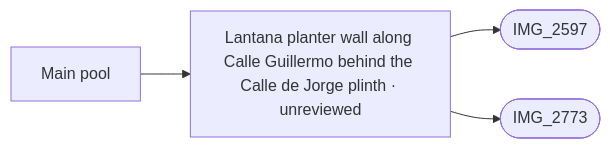
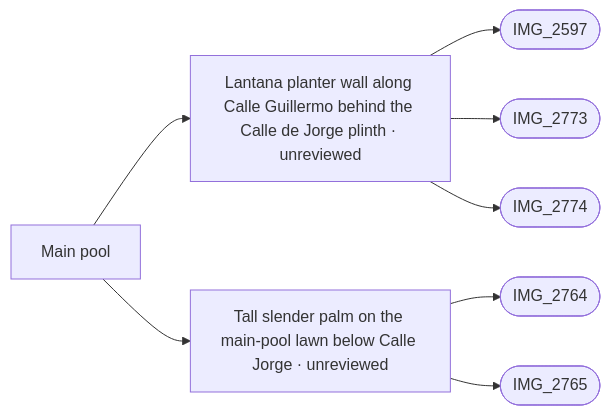
The diagram in refs/areas/main-pool.md (daveyboyc/villacana-venture), drawn with Mermaid before and after one commit. The commit also changed other lines of this file and 38 other files, not shown here.

First line of the commit message:
Calle Jorge east end: neat one-metre planter, slender palm, dragon tree (validation in progress)

````diff
--- a/refs/areas/main-pool.md
+++ b/refs/areas/main-pool.md
@@ -45,7 +45,11 @@
 ```mermaid
 graph LR
   A["Main pool"]
   A --> F0["Lantana planter wall along Calle Guillermo behind the Calle de Jorge plinth · unreviewed"]
   F0 --> PIMG_2597_jpg(["IMG_2597"])
   F0 --> PIMG_2773_jpg(["IMG_2773"])
+  F0 --> PIMG_2774_jpg(["IMG_2774"])
+  A --> F1["Tall slender palm on the main-pool lawn below Calle Jorge · unreviewed"]
+  F1 --> PIMG_2764_jpg(["IMG_2764"])
+  F1 --> PIMG_2765_jpg(["IMG_2765"])
 ```
````
